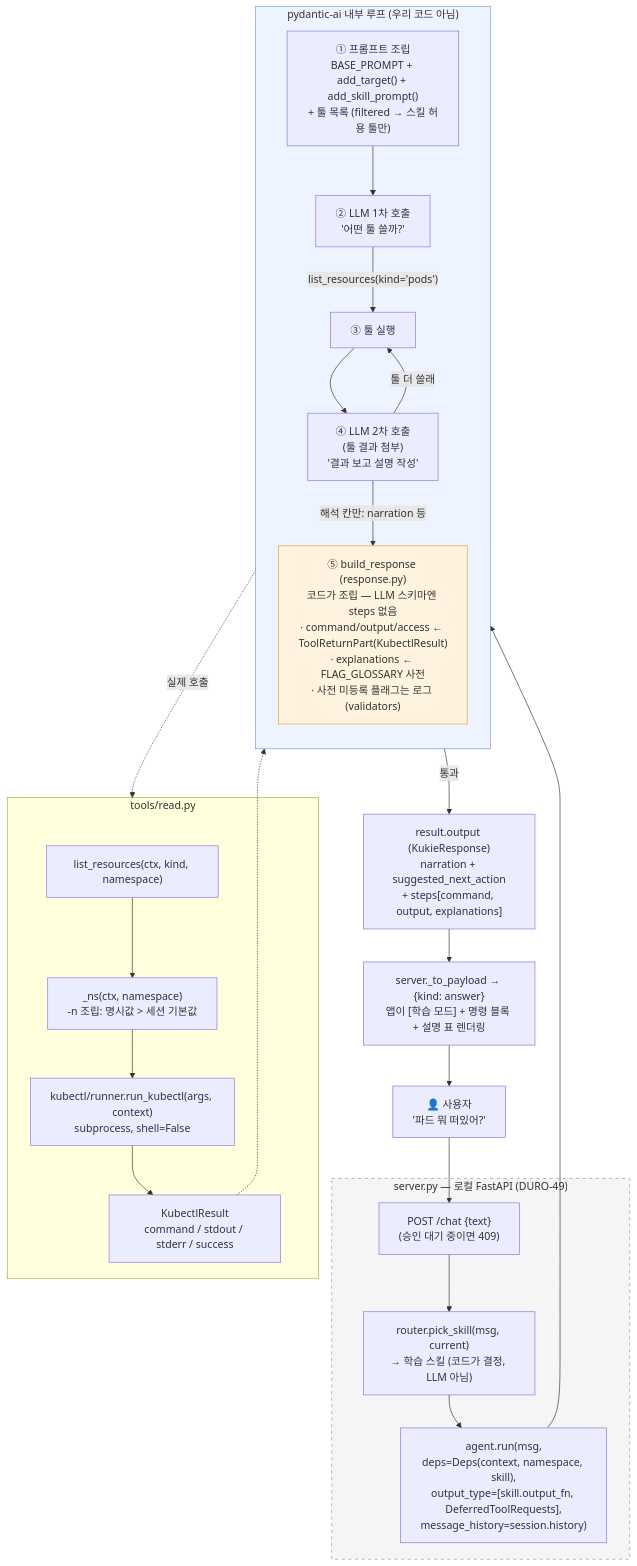
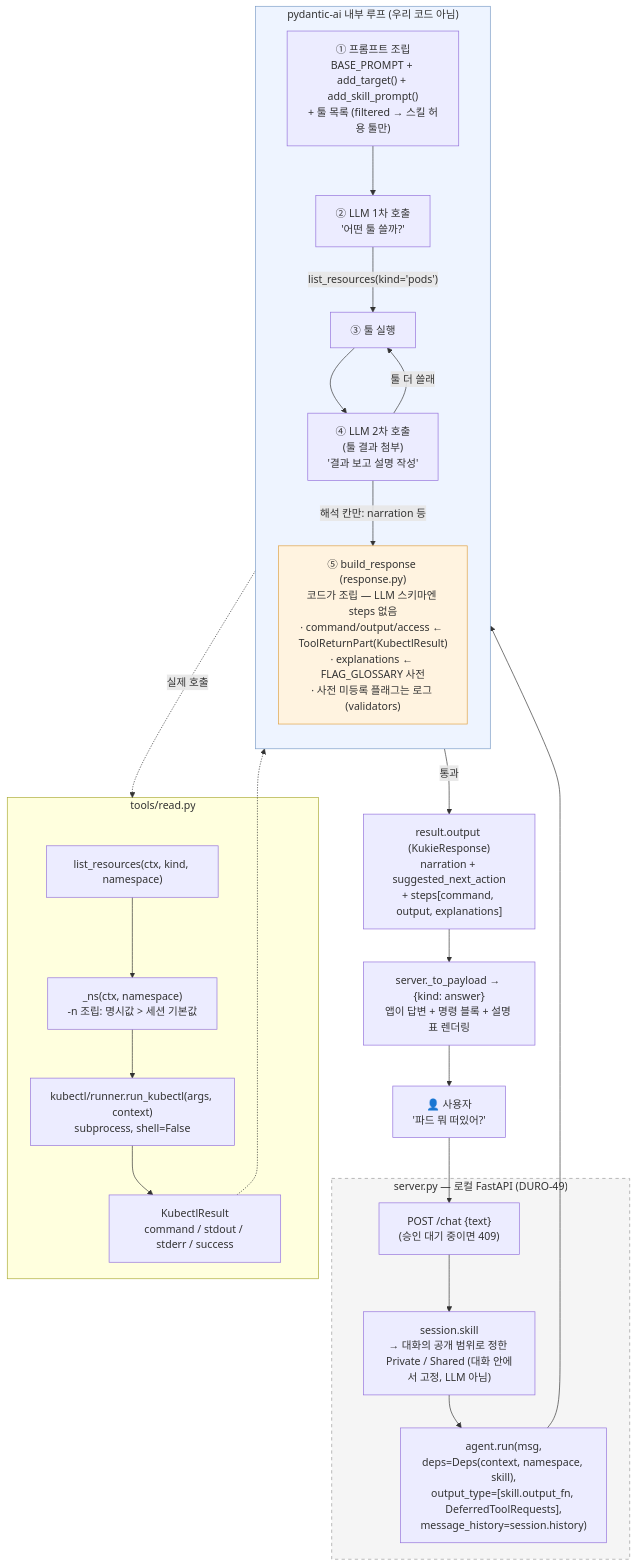
The first of 3 diagrams in docs/agent-flow.md (durokukie/agent), drawn with Mermaid before and after one commit. The commit also changed other lines of this file and 36 other files, not shown here.

First line of the commit message:
feat: 학습·진단·실습 모드를 없애고 Private / Shared 로 툴을 나눈다 (DURO-100)

````diff
--- a/docs/agent-flow.md
+++ b/docs/agent-flow.md
@@ -8,40 +8,40 @@
 ```mermaid
 flowchart TD
     U["👤 사용자<br/>'파드 뭐 떠있어?'"] --> CLI
 
     subgraph CLI_["server.py — 로컬 FastAPI (DURO-49)"]
         CLI["POST /chat {text}<br/>(승인 대기 중이면 409)"]
-        CLI --> R["router.pick_skill(msg, current)<br/>→ 학습 스킬 (코드가 결정, LLM 아님)"]
+        CLI --> R["session.skill<br/>→ 대화의 공개 범위로 정한 Private / Shared (대화 안에서 고정, LLM 아님)"]
         R --> RUN["agent.run(msg,<br/>deps=Deps(context, namespace, skill),<br/>output_type=[skill.output_fn, DeferredToolRequests],<br/>message_history=session.history)"]
     end
 
     RUN --> PA
 
     subgraph PA["pydantic-ai 내부 루프 (우리 코드 아님)"]
         direction TB
         P1["① 프롬프트 조립<br/>BASE_PROMPT + add_target() + add_skill_prompt()<br/>+ 툴 목록 (filtered → 스킬 허용 툴만)"]
         P1 --> L1["② LLM 1차 호출<br/>'어떤 툴 쓸까?'"]
         L1 -->|"list_resources(kind='pods')"| T
         T["③ 툴 실행"] --> L2["④ LLM 2차 호출<br/>(툴 결과 첨부)<br/>'결과 보고 설명 작성'"]
         L2 -->|"툴 더 쓸래"| T
         L2 -->|"해석 칸만: narration 등"| V["⑤ build_response (response.py)<br/>코드가 조립 — LLM 스키마엔 steps 없음<br/>· command/output/access ← ToolReturnPart(KubectlResult)<br/>· explanations ← FLAG_GLOSSARY 사전<br/>· 사전 미등록 플래그는 로그 (validators)"]
     end
 
     T -.->|"실제 호출"| RT
 
     subgraph RT["tools/read.py"]
         RT1["list_resources(ctx, kind, namespace)"]
         RT1 --> NS["_ns(ctx, namespace)<br/>-n 조립: 명시값 > 세션 기본값"]
         NS --> RK["kubectl/runner.run_kubectl(args, context)<br/>subprocess, shell=False"]
         RK --> KR["KubectlResult<br/>command / stdout / stderr / success"]
     end
 
     KR -.-> T
     V -->|"통과"| OUT["result.output (KukieResponse)<br/>narration + suggested_next_action<br/>+ steps[command, output, explanations]"]
-    OUT --> CLI2["server._to_payload → {kind: answer}<br/>앱이 [학습 모드] + 명령 블록 + 설명 표 렌더링"]
+    OUT --> CLI2["server._to_payload → {kind: answer}<br/>앱이 답변 + 명령 블록 + 설명 표 렌더링"]
     CLI2 --> U
 
     style CLI_ fill:#f5f5f5,stroke:#999,stroke-dasharray: 5 5
     style PA fill:#eef4ff,stroke:#7a9cc6
     style V fill:#fff3e0,stroke:#e0a040
 ```
````
